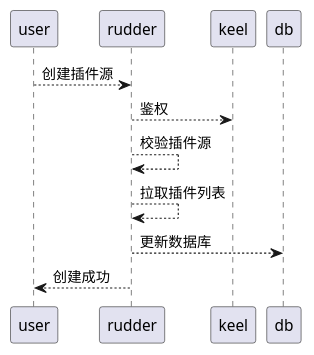
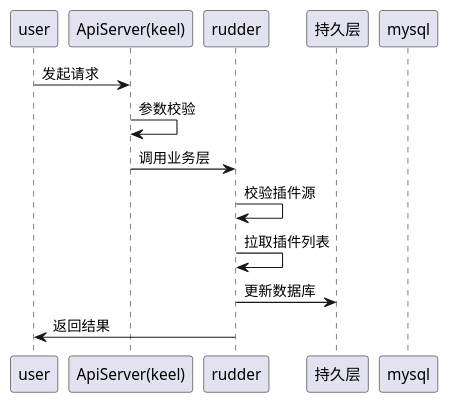
The first of 5 diagrams in docs/api/appendix/plantuml/plugin-manager-admin.md (tkeel-io/docs), drawn with PlantUML before and after one commit. The commit also changed other lines of this file and 2 other files, not shown here.

Commit message:
feat: update plugin manager uml & fluxswicth manager

````diff
--- a/docs/api/appendix/plantuml/plugin-manager-admin.md
+++ b/docs/api/appendix/plantuml/plugin-manager-admin.md
@@ -8,11 +8,18 @@
 ```plantuml
 @startuml
-user --> rudder : 创建插件源
-rudder --> keel : 鉴权
-rudder --> rudder : 校验插件源
-rudder --> rudder : 拉取插件列表
-rudder --> db : 更新数据库
-rudder --> user : 创建成功
+participant "user" as user
+participant "ApiServer(keel)" as keel
+participant "rudder" as rudder
+participant "持久层" as dblayer
+participant "mysql" as mysql
+
+user -> keel : 发起请求
+keel -> keel : 参数校验 
+keel -> rudder : 调用业务层
+rudder -> rudder : 校验插件源
+rudder -> rudder : 拉取插件列表
+rudder -> dblayer : 更新数据库
+rudder -> user : 返回结果
 
 @enduml
 ```
````
